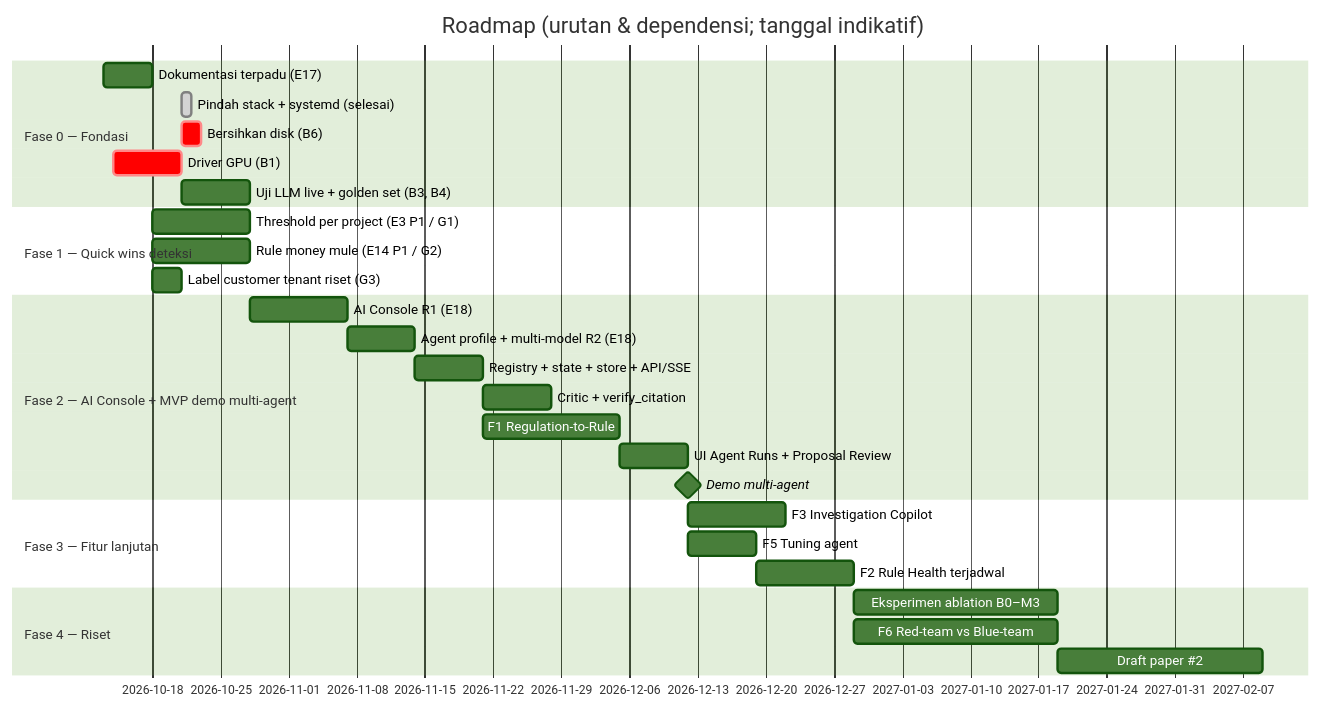
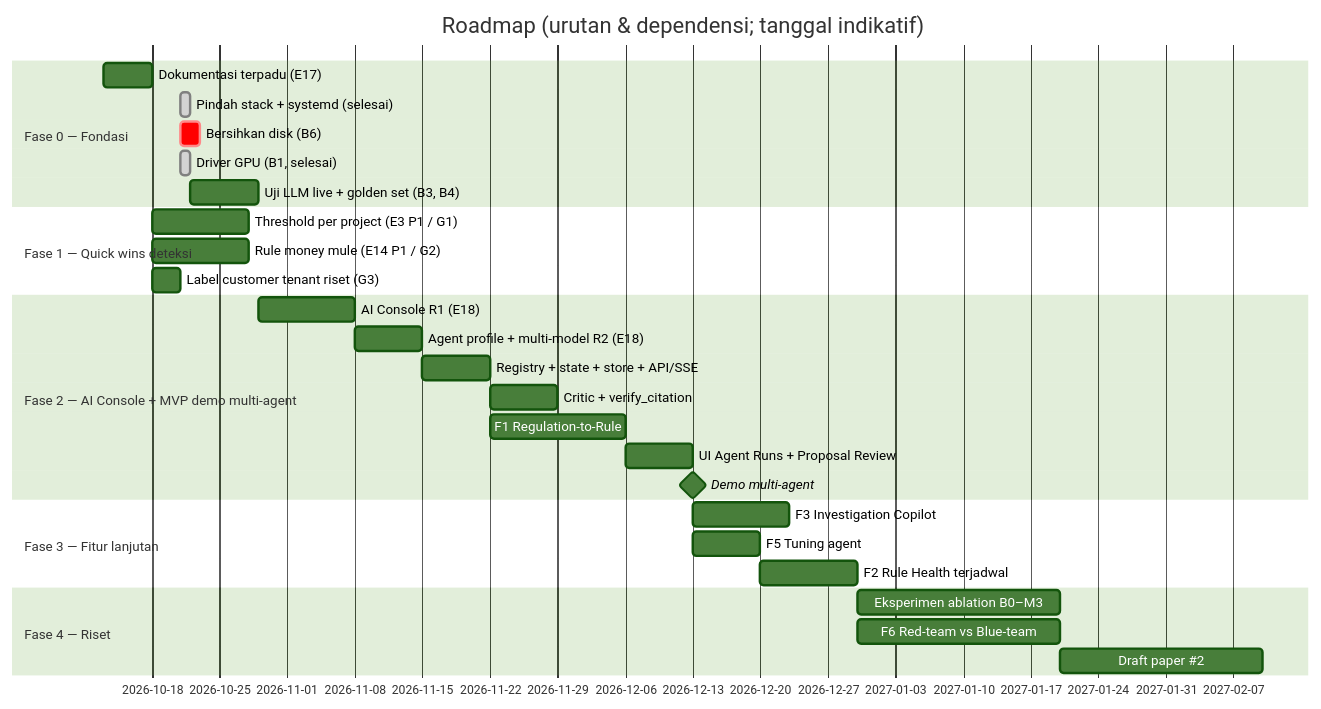
One commit to situkangsayur/fraud_detection_engine changed the diagram in docs/roadmap.md. Above: the diagram before and after it, drawn with Mermaid (forest theme). The commit also changed other lines of this file and 50 other files, not shown here.

````diff
--- a/docs/roadmap.md
+++ b/docs/roadmap.md
@@ -29,31 +29,31 @@
 ```mermaid
 gantt
     dateFormat  YYYY-MM-DD
     title Roadmap (urutan & dependensi; tanggal indikatif)
     section Fase 0 — Fondasi
     Dokumentasi terpadu (E17)            :f0a, 2026-10-13, 5d
     Pindah stack + systemd (selesai)     :done, f0b, 2026-10-21, 1d
     Bersihkan disk (B6)                  :crit, f0e, 2026-10-21, 2d
-    Driver GPU (B1)                      :crit, f0c, 2026-10-14, 7d
+    Driver GPU (B1, selesai)             :done, f0c, 2026-10-21, 1d
     Uji LLM live + golden set (B3, B4)   :f0d, after f0c, 7d
     section Fase 1 — Quick wins deteksi
     Threshold per project (E3 P1 / G1)   :f1a, after f0a, 10d
     Rule money mule (E14 P1 / G2)        :f1b, after f0a, 10d
     Label customer tenant riset (G3)     :f1c, after f0a, 3d
     section Fase 2 — AI Console + MVP demo multi-agent
     AI Console R1 (E18)                  :f2r1, after f0d, 10d
     Agent profile + multi-model R2 (E18) :f2r2, after f2r1, 7d
     Registry + state + store + API/SSE   :f2a, after f2r2, 7d
     Critic + verify_citation             :f2b, after f2a, 7d
     F1 Regulation-to-Rule                :f2c, after f2a, 14d
     UI Agent Runs + Proposal Review      :f2d, after f2c, 7d
     Demo multi-agent                     :milestone, m1, after f2d, 0d
     section Fase 3 — Fitur lanjutan
     F3 Investigation Copilot             :f3a, after f2d, 10d
     F5 Tuning agent                      :f3b, after f2d, 7d
     F2 Rule Health terjadwal             :f3c, after f3b, 10d
     section Fase 4 — Riset
     Eksperimen ablation B0–M3            :f4a, after f3c, 21d
     F6 Red-team vs Blue-team             :f4b, after f3c, 21d
     Draft paper #2                       :f4c, after f4a, 21d
 ```
````
